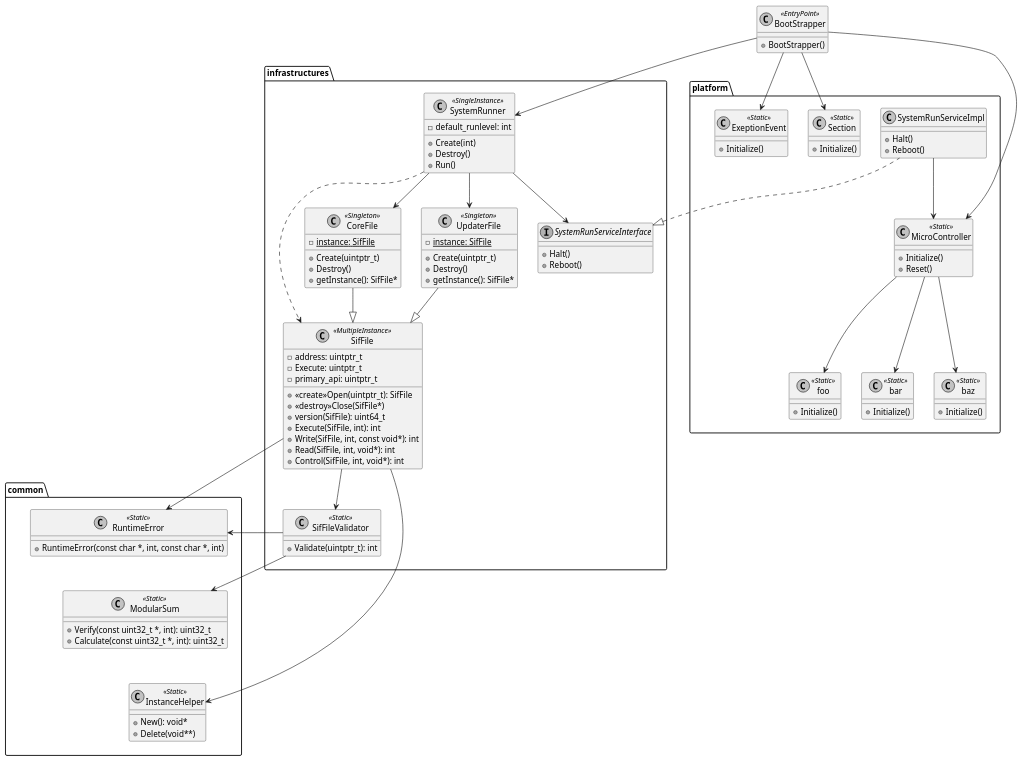
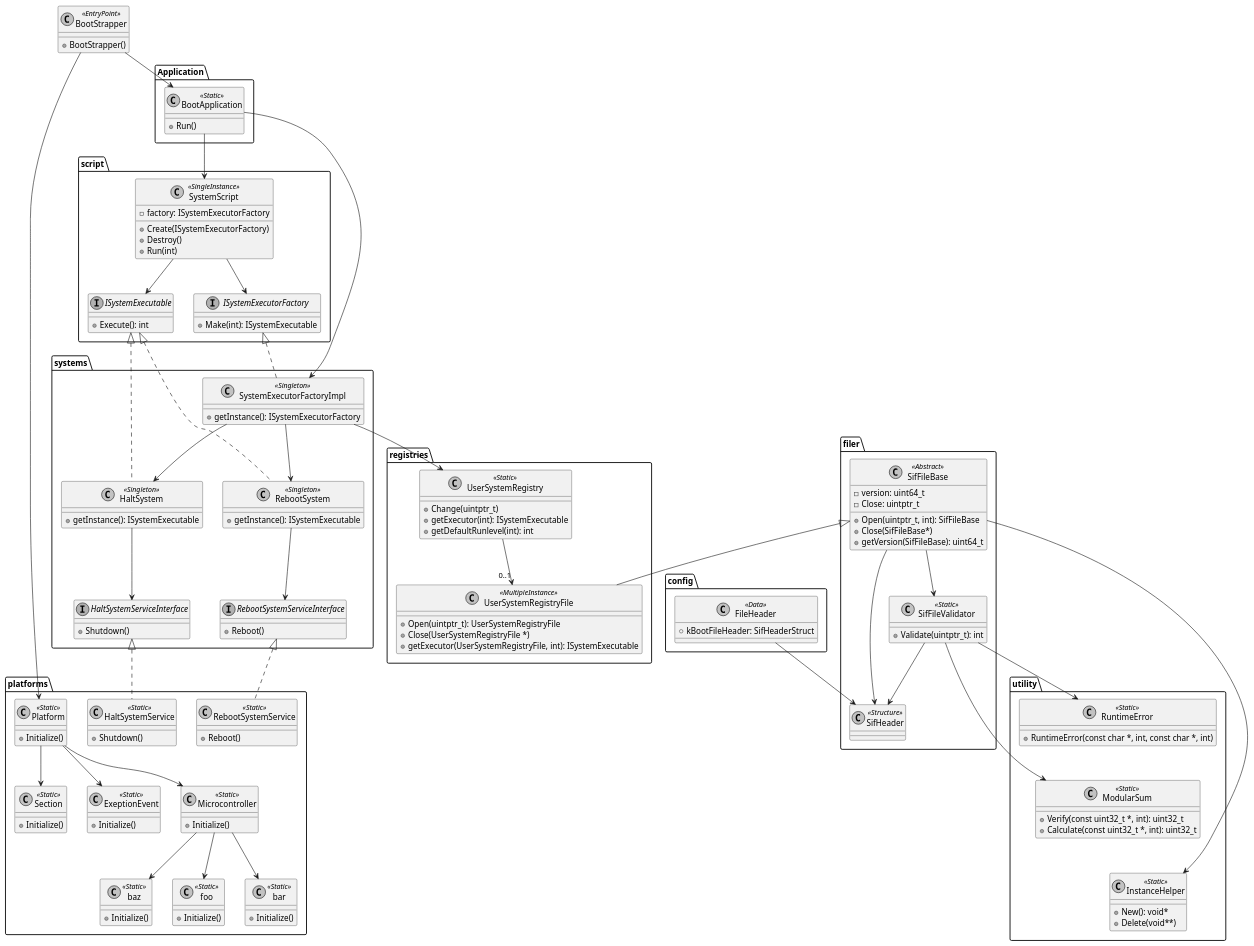
One commit to kokabe2/surfes changed the diagram in boot/boot/docs/design_doc.md. Above: the diagram before and after it, drawn with PlantUML. The commit also changed other lines of this file, not shown here.

Commit message:
Update Design Doc for Boot

````diff
--- a/boot/boot/docs/design_doc.md
+++ b/boot/boot/docs/design_doc.md
@@ -22,91 +22,105 @@
     +BootStrapper()
 }
 
-folder "infrastructures" {
-class "SystemRunner" <<SingleInstance>> {
-    -default_runlevel: int
-    +Create(int)
-    +Destroy()
+package "Application" {
+class "BootApplication" <<Static>> {
     +Run()
 }
+}
 
-interface "SystemRunServiceInterface" {
-    +Halt()
+folder "script" {
+class "SystemScript" <<SingleInstance>> {
+    -factory: ISystemExecutorFactory
+    +Create(ISystemExecutorFactory)
+    +Destroy()
+    +Run(int)
+}
+
+interface "ISystemExecutable" {
+    +Execute(): int
+}
+
+interface "ISystemExecutorFactory" {
+    +Make(int): ISystemExecutable
+}
+}
+
+folder "systems" {
+class "SystemExecutorFactoryImpl" <<Singleton>> {
+    +getInstance(): ISystemExecutorFactory
+}
+
+class "HaltSystem" <<Singleton>> {
+    +getInstance(): ISystemExecutable
+}
+
+interface "HaltSystemServiceInterface" {
+    +Shutdown()
+}
+
+class "RebootSystem" <<Singleton>> {
+    +getInstance(): ISystemExecutable
+}
+
+interface "RebootSystemServiceInterface" {
     +Reboot()
 }
+}
 
-class "SifFile" <<MultipleInstance>> {
-    -address: uintptr_t
-    -Execute: uintptr_t
-    -primary_api: uintptr_t
-    +<<create>>Open(uintptr_t): SifFile
-    +<<destroy>>Close(SifFile*)
-    +version(SifFile): uint64_t
-    +Execute(SifFile, int): int
-    +Write(SifFile, int, const void*): int
-    +Read(SifFile, int, void*): int
-    +Control(SifFile, int, void*): int
+folder "filer" {
+class "SifFileBase" <<Abstract>> {
+    -version: uint64_t
+    -Close: uintptr_t
+    +Open(uintptr_t, int): SifFileBase
+    +Close(SifFileBase*)
+    +getVersion(SifFileBase): uint64_t
 }
 
 class "SifFileValidator" <<Static>> {
     +Validate(uintptr_t): int
 }
 
-class "CoreFile" <<Singleton>> {
-    -{static}instance: SifFile
-    +Create(uintptr_t)
-    +Destroy()
-    +getInstance(): SifFile*
+class "SifHeader" <<Structure>>
+
+SystemScript --> ISystemExecutable
+SystemScript --> ISystemExecutorFactory
+ISystemExecutorFactory <|.. SystemExecutorFactoryImpl
+SystemExecutorFactoryImpl --> HaltSystem
+SystemExecutorFactoryImpl --> RebootSystem
+ISystemExecutable <|.. HaltSystem
+ISystemExecutable <|.. RebootSystem
+HaltSystem --> HaltSystemServiceInterface
+RebootSystem --> RebootSystemServiceInterface
+SifFileBase --> SifFileValidator
+SifFileBase --> SifHeader
+SifFileValidator --> SifHeader
 }
 
-class "UpdaterFile" <<Singleton>> {
-    -{static}instance: SifFile
-    +Create(uintptr_t)
-    +Destroy()
-    +getInstance(): SifFile*
+folder "registries" {
+class "UserSystemRegistry" <<Static>> {
+    +Change(uintptr_t)
+    +getExecutor(int): ISystemExecutable
+    +getDefaultRunlevel(int): int
 }
 
-SystemRunner --> CoreFile
-SystemRunner --> UpdaterFile
-SystemRunner ..> SifFile
-SystemRunner --> SystemRunServiceInterface
-CoreFile --|> SifFile
-UpdaterFile --|> SifFile
-SifFile --> SifFileValidator
+class "UserSystemRegistryFile" <<MultipleInstance>> {
+    +Open(uintptr_t): UserSystemRegistryFile
+    +Close(UserSystemRegistryFile *)
+    +getExecutor(UserSystemRegistryFile, int): ISystemExecutable
 }
 
-folder "common" {
-class "InstanceHelper" <<Static>> {
-    +New(): void*
-    +Delete(void**)
+UserSystemRegistry --> "0..1" UserSystemRegistryFile
+SystemExecutorFactoryImpl --> UserSystemRegistry
+SifFileBase <|-- UserSystemRegistryFile
 }
 
-class "ModularSum" <<Static>> {
-    +Verify(const uint32_t *, int): uint32_t
-    +Calculate(const uint32_t *, int): uint32_t
+folder "platforms" {
+class "Platform" <<Static>> {
+    +Initialize()
 }
 
-class "RuntimeError" <<Static>> {
-    +RuntimeError(const char *, int, const char *, int)
-}
-
-RuntimeError -[hidden]d- ModularSum
-ModularSum -[hidden]d- InstanceHelper
-SifFile --> InstanceHelper
-SifFileValidator --> ModularSum
-SifFile --> RuntimeError
-SifFileValidator --> RuntimeError
-}
-
-folder "platform" {
-class "MicroController" <<Static>> {
+class "Microcontroller" <<Static>> {
     +Initialize()
-    +Reset()
-}
-
-class "SystemRunServiceImpl" {
-    +Halt()
-    +Reboot()
 }
 
 class "foo" <<Static>> {
@@ -129,19 +143,58 @@
     +Initialize()
 }
 
-MicroController --> foo
-MicroController --> bar
-MicroController --> baz
-SystemRunServiceImpl --> MicroController
-SystemRunServiceImpl .up.|> SystemRunServiceInterface
+class "HaltSystemService" <<Static>> {
+    +Shutdown()
 }
 
-BootStrapper --> Section
-BootStrapper --> MicroController
-BootStrapper --> ExeptionEvent
-BootStrapper --> SystemRunner
-common -[hidden]ri- infrastructures
-platform -[hidden]do- infrastructures
+class "RebootSystemService" <<Static>> {
+    +Reboot()
+}
+
+Platform --> Section
+Platform --> ExeptionEvent
+Platform --> Microcontroller
+Microcontroller --> foo
+Microcontroller --> bar
+Microcontroller --> baz
+HaltSystemServiceInterface <|.. HaltSystemService
+RebootSystemServiceInterface <|.. RebootSystemService
+}
+
+folder "config" {
+class "FileHeader" <<Data>> {
+    +kBootFileHeader: SifHeaderStruct
+}
+
+FileHeader --> SifHeader
+}
+
+package "utility" {
+class "InstanceHelper" <<Static>> {
+    +New(): void*
+    +Delete(void**)
+}
+
+class "ModularSum" <<Static>> {
+    +Verify(const uint32_t *, int): uint32_t
+    +Calculate(const uint32_t *, int): uint32_t
+}
+
+class "RuntimeError" <<Static>> {
+    +RuntimeError(const char *, int, const char *, int)
+}
+
+RuntimeError -[hidden]d- ModularSum
+ModularSum -[hidden]d- InstanceHelper
+SifFileBase --> InstanceHelper
+SifFileValidator --> ModularSum
+SifFileValidator --> RuntimeError
+}
+
+BootStrapper --> Platform
+BootStrapper --> BootApplication
+BootApplication --> SystemScript
+BootApplication --> SystemExecutorFactoryImpl
 
 @enduml
 ```
````
